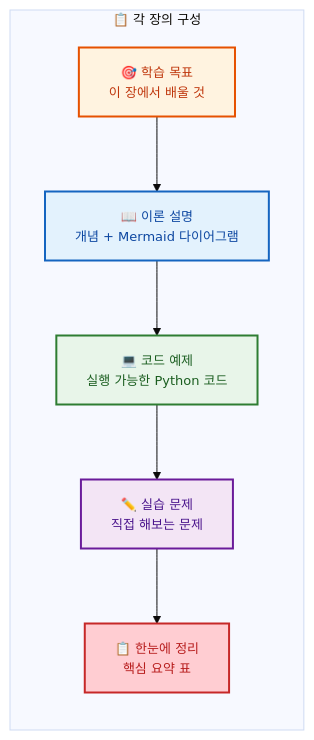
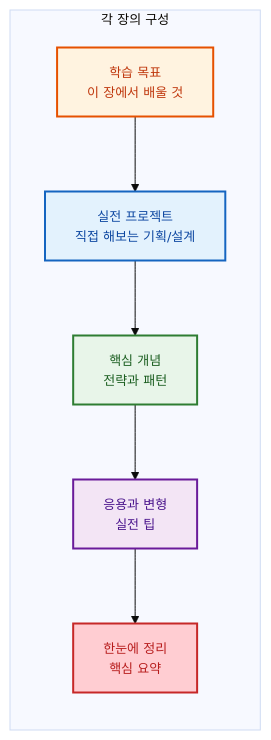
The second of 2 diagrams in ai-programming/README.md (jingu279/Document), drawn with Mermaid before and after one commit. The commit also changed other lines of this file and 27 other files, not shown here.

````diff
--- a/ai-programming/README.md
+++ b/ai-programming/README.md
@@ -648,24 +103,24 @@
 ```mermaid
 %%{init: {'theme': 'base', 'themeVariables': {'fontSize': '13px'}}}%%
 flowchart LR
-  subgraph Chapter[📋 각 장의 구성]
-    Goals["🎯 학습 목표<br/>이 장에서 배울 것"]
-    Theory["📖 이론 설명<br/>개념 + Mermaid 다이어그램"]
-    Code["💻 코드 예제<br/>실행 가능한 Python 코드"]
-    Practice["✏️ 실습 문제<br/>직접 해보는 문제"]
-    Summary["📋 한눈에 정리<br/>핵심 요약 표"]
-  Goals --> Theory --> Code --> Practice --> Summary
+  subgraph Chapter[각 장의 구성]
+    Goals["학습 목표<br/>이 장에서 배울 것"]
+    Project["실전 프로젝트<br/>직접 해보는 기획/설계"]
+    Concept["핵심 개념<br/>전략과 패턴"]
+    Apply["응용과 변형<br/>실전 팁"]
+    Summary["한눈에 정리<br/>핵심 요약"]
   end
 
+  Goals --> Project --> Concept --> Apply --> Summary
 
   classDef goal fill:#fff3e0,stroke:#e65100,stroke-width:2px,color:#bf360c
-  classDef theory fill:#e3f2fd,stroke:#1565c0,stroke-width:2px,color:#0d47a1
-  classDef code fill:#e8f5e9,stroke:#2e7d32,stroke-width:2px,color:#1b5e20
-  classDef practice fill:#f3e5f5,stroke:#6a1b9a,stroke-width:2px,color:#4a148c
+  classDef proj fill:#e3f2fd,stroke:#1565c0,stroke-width:2px,color:#0d47a1
+  classDef concept fill:#e8f5e9,stroke:#2e7d32,stroke-width:2px,color:#1b5e20
+  classDef apply fill:#f3e5f5,stroke:#6a1b9a,stroke-width:2px,color:#4a148c
   classDef summary fill:#ffcdd2,stroke:#c62828,stroke-width:2px,color:#b71c1c
   class Goals goal
-  class Theory theory
-  class Code code
-  class Practice practice
+  class Project proj
+  class Concept concept
+  class Apply apply
   class Summary summary
 ```
````
